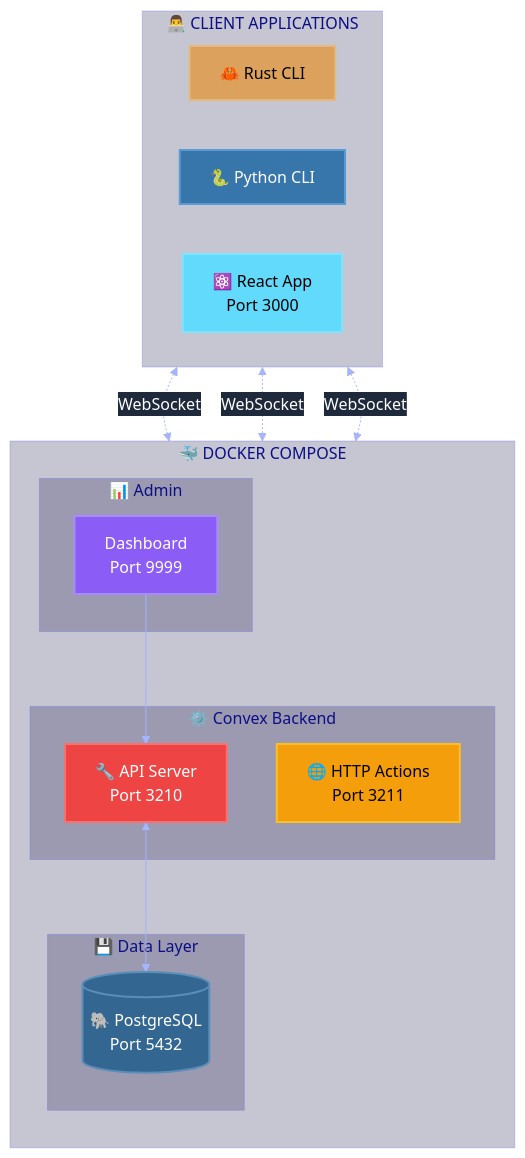
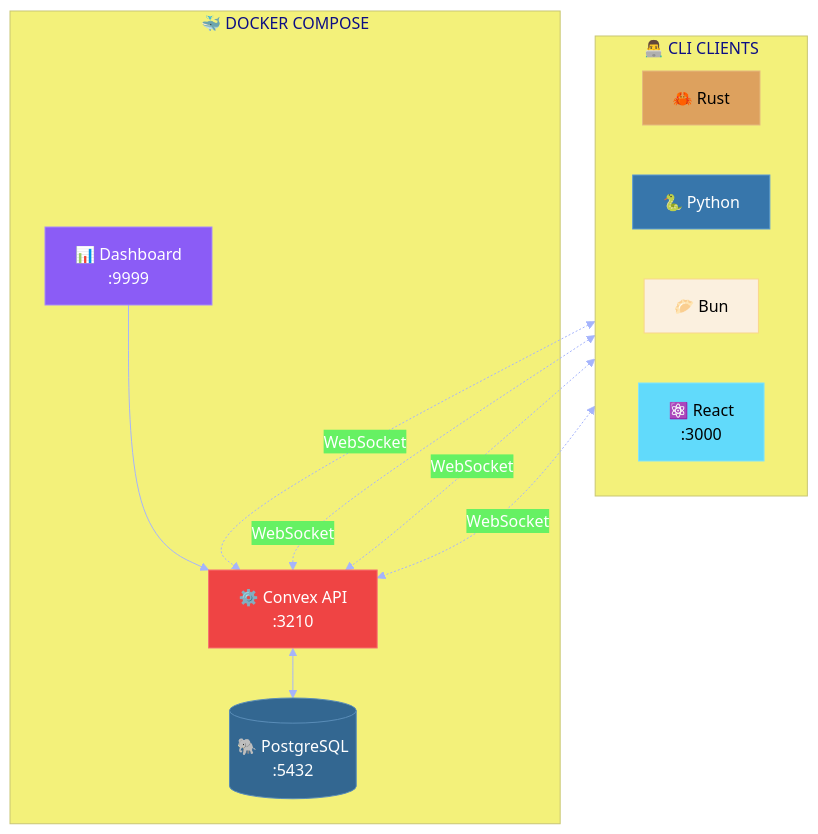
Before and after one commit to sabry-awad97/convex-notes: the diagram in README.md, drawn with Mermaid. The commit also changed other lines of this file and 17 other files, not shown here.

````diff
--- a/README.md
+++ b/README.md
@@ -100,42 +109,30 @@
 ```mermaid
-%%{init: {'theme': 'base', 'themeVariables': { 'primaryColor': '#6366f1', 'primaryTextColor': '#fff', 'primaryBorderColor': '#818cf8', 'lineColor': '#a5b4fc', 'secondaryColor': '#1e1b4b', 'background': '#0f172a', 'mainBkg': '#1e293b', 'nodeBorder': '#818cf8', 'clusterBkg': '#1e1b4b40', 'clusterBorder': '#6366f150', 'edgeLabelBackground': '#1e293b'}}}%%
+%%{init: {'theme': 'base', 'themeVariables': { 'primaryColor': '#6366f1', 'primaryTextColor': '#fff', 'primaryBorderColor': '#818cf8', 'lineColor': '#a5b4fc', 'background': '#0f172a', 'mainBkg': '#1e293b'}}}%%
 
 flowchart TB
     subgraph DOCKER["🐳 DOCKER COMPOSE"]
-        direction TB
-
-        subgraph DB_LAYER["💾 Data Layer"]
-            PG[("🐘 PostgreSQL<br/>Port 5432")]
-        end
-
-        subgraph CONVEX["⚙️ Convex Backend"]
-            API["🔧 API Server<br/>Port 3210"]
-            HTTP["🌐 HTTP Actions<br/>Port 3211"]
-        end
-
-        subgraph ADMIN["📊 Admin"]
-            DASH["Dashboard<br/>Port 9999"]
-        end
+        PG[("🐘 PostgreSQL<br/>:5432")]
+        API["⚙️ Convex API<br/>:3210"]
+        DASH["📊 Dashboard<br/>:9999"]
     end
 
-    subgraph CLIENTS["👨‍💻 CLIENT APPLICATIONS"]
+    subgraph CLIENTS["👨‍💻 CLI CLIENTS"]
         direction LR
-        RUST["🦀 Rust CLI"]
-        PYTHON["🐍 Python CLI"]
-        REACT["⚛️ React App<br/>Port 3000"]
+        RUST["🦀 Rust"]
+        PYTHON["🐍 Python"]
+        BUN["🥟 Bun"]
+        REACT["⚛️ React<br/>:3000"]
     end
 
-    RUST <-. "WebSocket" .-> API
-    PYTHON <-. "WebSocket" .-> API
-    REACT <-. "WebSocket" .-> API
+    RUST & PYTHON & BUN & REACT <-. "WebSocket" .-> API
     API <--> PG
     DASH --> API
 
-    style PG fill:#336791,stroke:#5A8DB8,stroke-width:2px,color:#fff
-    style API fill:#ef4444,stroke:#f87171,stroke-width:2px,color:#fff
-    style HTTP fill:#f59e0b,stroke:#fbbf24,stroke-width:2px,color:#000
-    style DASH fill:#8b5cf6,stroke:#a78bfa,stroke-width:2px,color:#fff
-    style RUST fill:#dda15e,stroke:#e5b97e,stroke-width:2px,color:#000
-    style PYTHON fill:#3776ab,stroke:#5a9bd4,stroke-width:2px,color:#fff
-    style REACT fill:#61dafb,stroke:#81e4fc,stroke-width:2px,color:#000
+    style PG fill:#336791,stroke:#5A8DB8,color:#fff
+    style API fill:#ef4444,stroke:#f87171,color:#fff
+    style DASH fill:#8b5cf6,stroke:#a78bfa,color:#fff
+    style RUST fill:#dda15e,stroke:#e5b97e,color:#000
+    style PYTHON fill:#3776ab,stroke:#5a9bd4,color:#fff
+    style BUN fill:#fbf0df,stroke:#f9d68b,color:#000
+    style REACT fill:#61dafb,stroke:#81e4fc,color:#000
 ```
````
